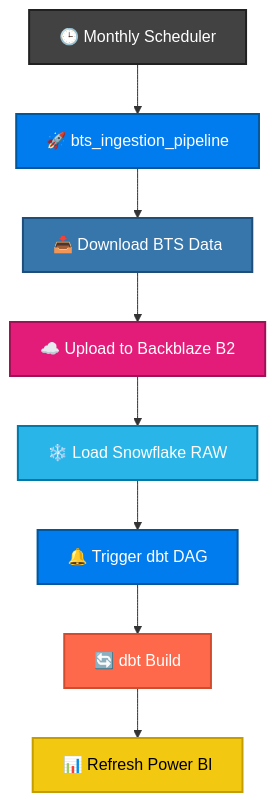
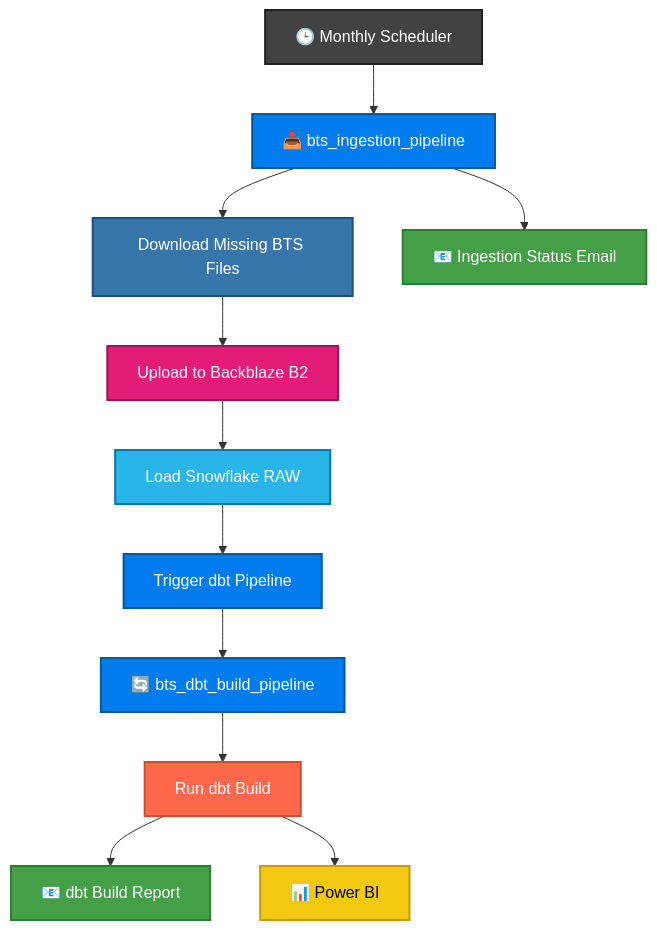
One commit to A7medM0hsen/The-Data-Architect-Lab changed the second of 2 diagrams in README.md. Above: the diagram before and after it, drawn with Mermaid. The commit also changed other lines of this file and 18 other files, not shown here.

````diff
--- a/README.md
+++ b/README.md
@@ -431,27 +409,34 @@
 ```mermaid
 flowchart TD
     A["🕒 Monthly Scheduler"]:::scheduler
-    B["🚀 bts_ingestion_pipeline"]:::airflow
-    C["📥 Download BTS Data"]:::python
-    D["☁️ Upload to Backblaze B2"]:::storage
-    E["❄️ Load Snowflake RAW"]:::snowflake
-    F["🔔 Trigger dbt DAG"]:::airflow
-    G["🔄 dbt Build"]:::dbt
-    H["📊 Refresh Power BI"]:::bi
+    B["📥 bts_ingestion_pipeline"]:::airflow
+    C["Download Missing BTS Files"]:::python
+    D["Upload to Backblaze B2"]:::storage
+    E["Load Snowflake RAW"]:::snowflake
+    F["Trigger dbt Pipeline"]:::airflow
+    G["📧 Ingestion Status Email"]:::email
+    H["🔄 bts_dbt_build_pipeline"]:::airflow
+    I["Run dbt Build"]:::dbt
+    J["📧 dbt Build Report"]:::email
+    K["📊 Power BI "]:::bi
 
     A --> B
     B --> C
     C --> D
     D --> E
     E --> F
-    F --> G
-    G --> H
+    F --> H
+    H --> I
+    I --> J
+    I --> K
+    B --> G
 
     classDef scheduler fill:#424242,color:#fff,stroke:#212121,stroke-width:2px;
     classDef airflow fill:#017CEE,color:#fff,stroke:#01579B,stroke-width:2px;
     classDef python fill:#3776AB,color:#fff,stroke:#1E4E79,stroke-width:2px;
     classDef storage fill:#E31C79,color:#fff,stroke:#A01255,stroke-width:2px;
     classDef snowflake fill:#29B5E8,color:#fff,stroke:#0078A8,stroke-width:2px;
     classDef dbt fill:#FF694B,color:#fff,stroke:#D14C2F,stroke-width:2px;
     classDef bi fill:#F2C811,color:#000,stroke:#C49E00,stroke-width:2px;
+    classDef email fill:#43A047,color:#fff,stroke:#2E7D32,stroke-width:2px;
 ```
````
